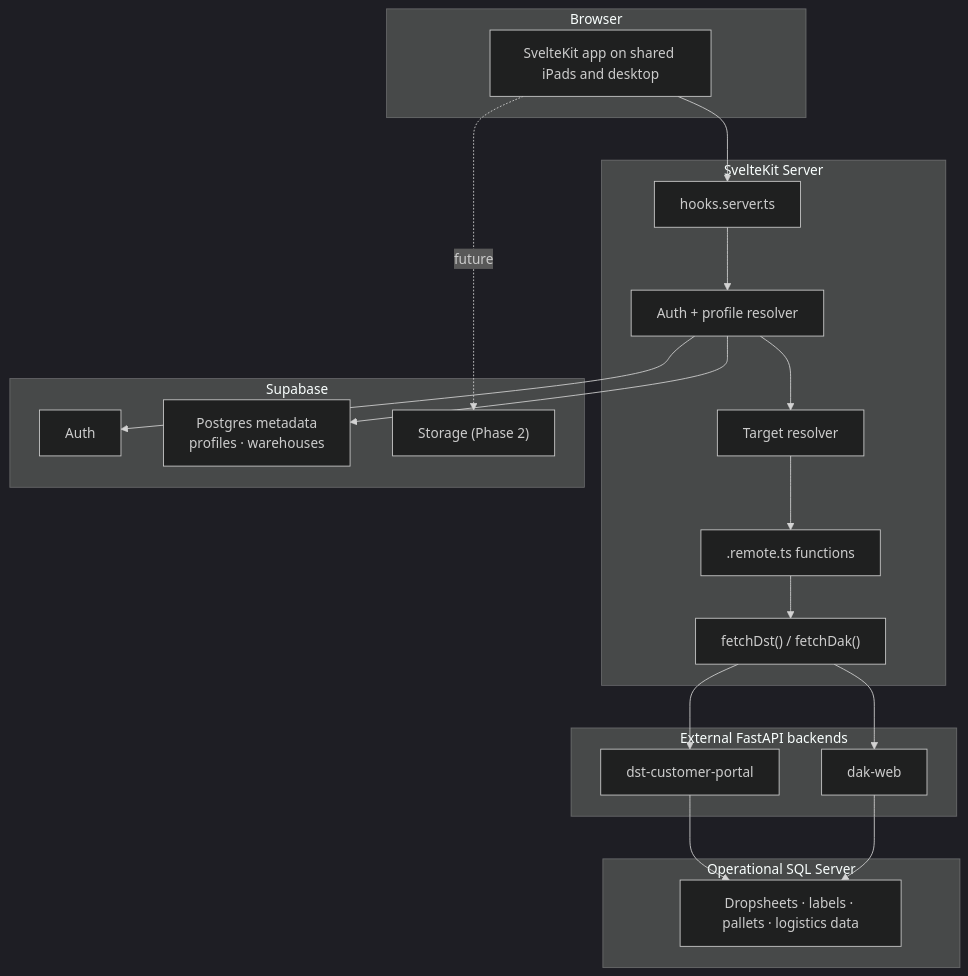
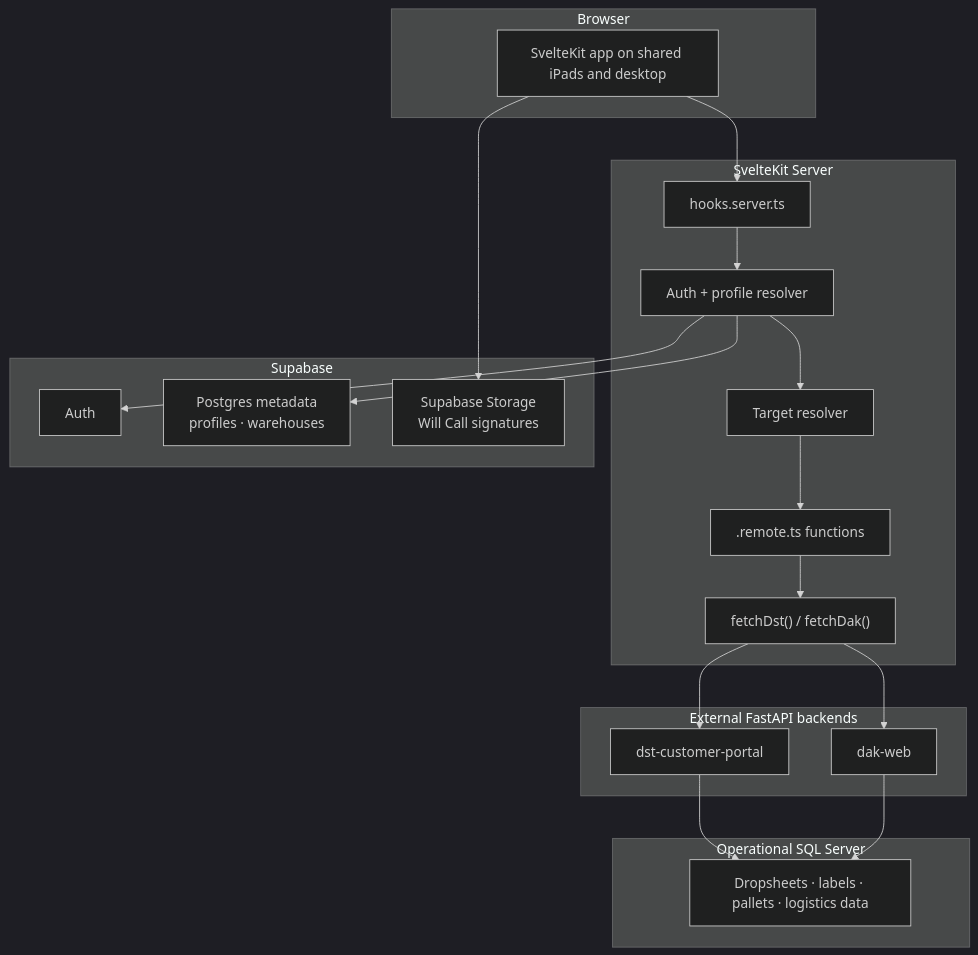
The diagram in docs/architecture.md (adominicci/dak-barcode), drawn with Mermaid (dark theme) before and after one commit. The commit also changed other lines of this file and 17 other files, not shown here.

````diff
--- a/docs/architecture.md
+++ b/docs/architecture.md
@@ -57,42 +57,42 @@
 ```mermaid
 flowchart TB
     subgraph CLIENT["Browser"]
         APP["SvelteKit app on shared iPads and desktop"]
     end
 
     subgraph SERVER["SvelteKit Server"]
         HOOKS["hooks.server.ts"]
         AUTH["Auth + profile resolver"]
         TARGET["Target resolver"]
         REMOTE[".remote.ts functions"]
         PROXY["fetchDst() / fetchDak()"]
     end
 
     subgraph SUPABASE["Supabase"]
         SBAUTH["Auth"]
         SBDB["Postgres metadata<br/>profiles · warehouses"]
-        SBSTORAGE["Storage (Phase 2)"]
+        SBSTORAGE["Supabase Storage<br/>Will Call signatures"]
     end
 
     subgraph HEROKU["External FastAPI backends"]
         DST["dst-customer-portal"]
         DAK["dak-web"]
     end
 
     subgraph SQL["Operational SQL Server"]
         OPS["Dropsheets · labels · pallets · logistics data"]
     end
 
     APP --> HOOKS
     HOOKS --> AUTH
     AUTH --> SBAUTH
     AUTH --> SBDB
     AUTH --> TARGET
     TARGET --> REMOTE
     REMOTE --> PROXY
     PROXY --> DST
     PROXY --> DAK
     DST --> OPS
     DAK --> OPS
-    APP -. future .-> SBSTORAGE
+    APP --> SBSTORAGE
 ```
````
